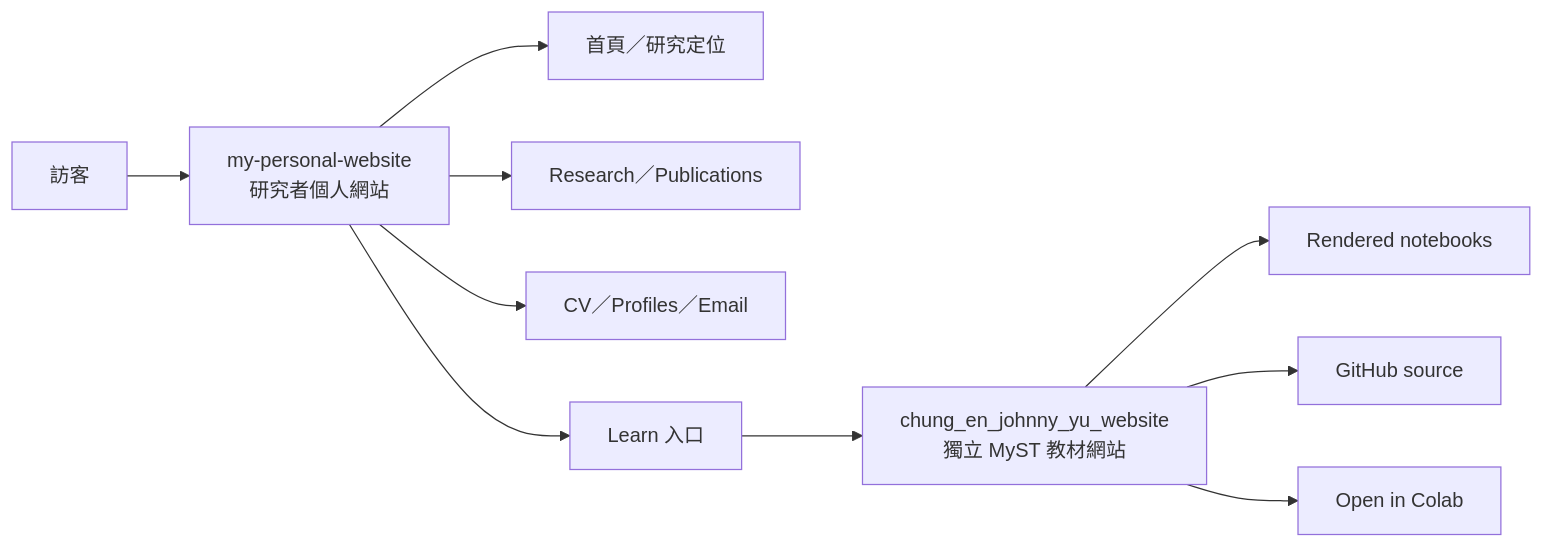
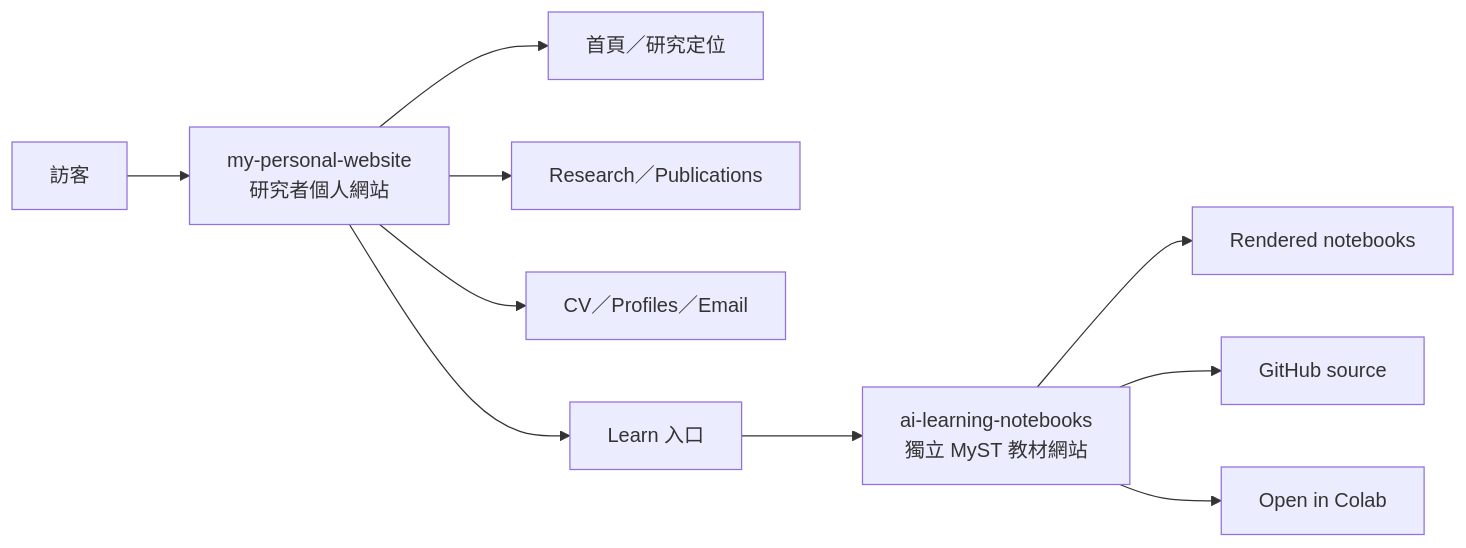
One commit to chungenyu6/my-personal-website changed the first of 2 diagrams in README.md. Above: the diagram before and after it, drawn with Mermaid. The commit also changed other lines of this file and 6 other files, not shown here.

Commit message:
Link renamed AI learning notebooks site

````diff
--- a/README.md
+++ b/README.md
@@ -15,12 +15,12 @@
 ```mermaid
 flowchart LR
     V["訪客"] --> P["my-personal-website<br>研究者個人網站"]
     P --> H["首頁／研究定位"]
     P --> R["Research／Publications"]
     P --> C["CV／Profiles／Email"]
     P --> L["Learn 入口"]
-    L --> M["chung_en_johnny_yu_website<br>獨立 MyST 教材網站"]
+    L --> M["ai-learning-notebooks<br>獨立 MyST 教材網站"]
     M --> N["Rendered notebooks"]
     M --> G["GitHub source"]
     M --> B["Open in Colab"]
 ```
````
